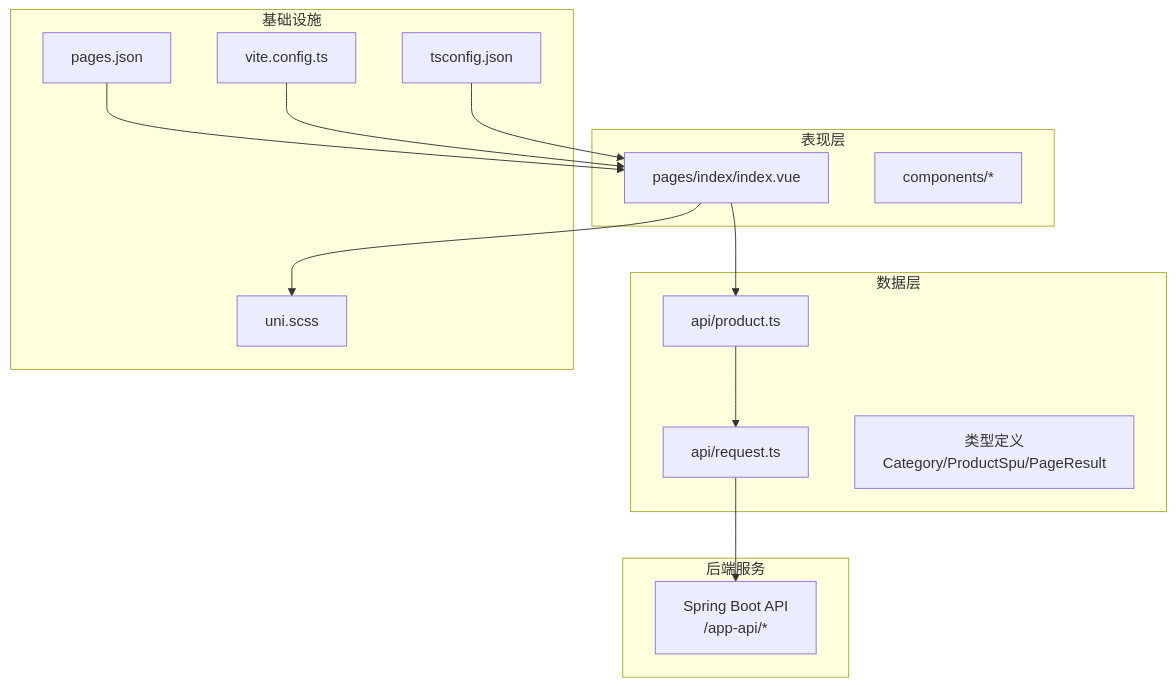
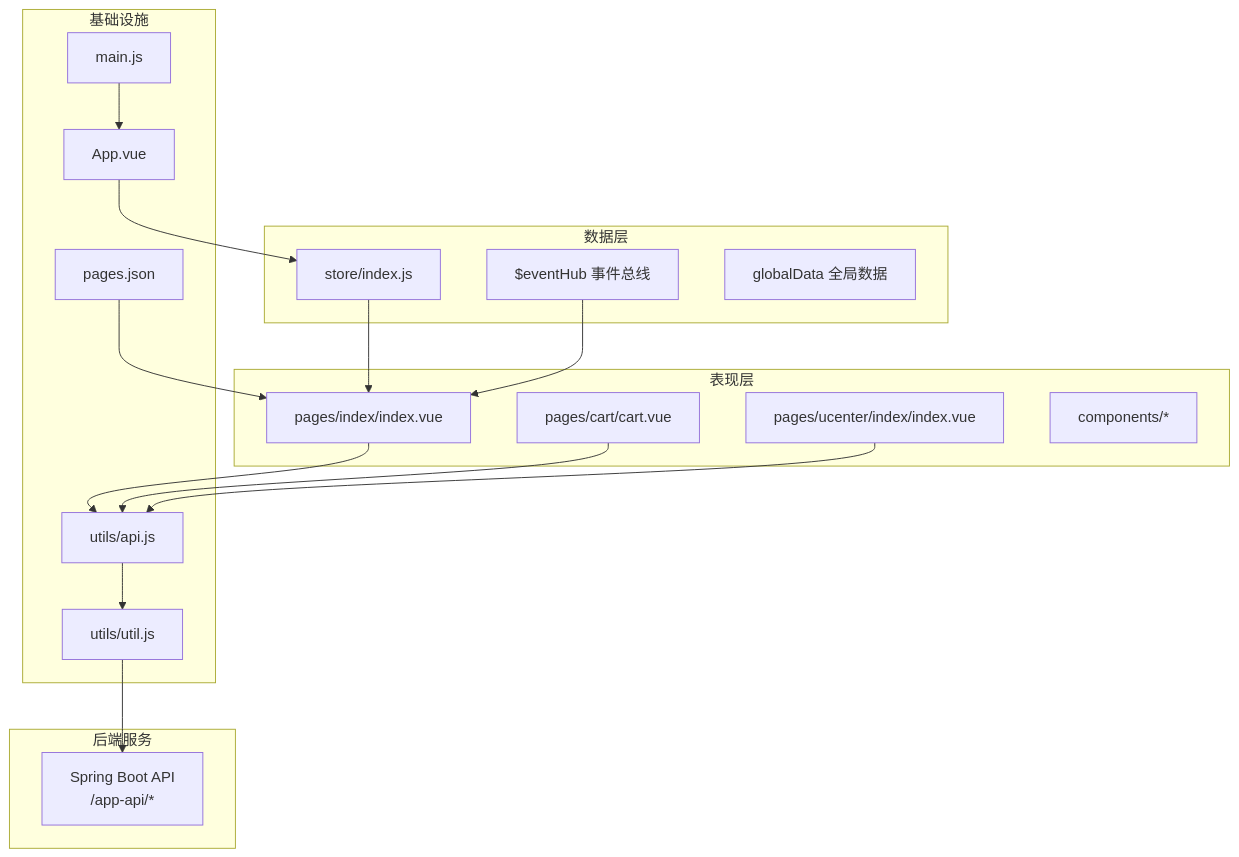
One commit to QtImM/wechatMiniprogram_Store changed the second of 8 diagrams in .qoder/repowiki/zh/content/前端架构设计/前端架构设计.md. Above: the diagram before and after it, drawn with Mermaid. The commit also changed other lines of this file and 109 other files, not shown here.

````diff
--- a/.qoder/repowiki/zh/content/前端架构设计/前端架构设计.md
+++ b/.qoder/repowiki/zh/content/前端架构设计/前端架构设计.md
@@ -98,28 +97,34 @@
 ```mermaid
 graph TB
 subgraph "表现层"
 P1["pages/index/index.vue"]
-P2["components/*"]
+P2["pages/cart/cart.vue"]
+P3["pages/ucenter/index/index.vue"]
+P4["components/*"]
 end
 subgraph "数据层"
-A1["api/request.ts"]
-A2["api/product.ts"]
-T1["类型定义<br/>Category/ProductSpu/PageResult"]
+S1["store/index.js"]
+E1["$eventHub 事件总线"]
+G1["globalData 全局数据"]
 end
 subgraph "基础设施"
 R["pages.json"]
-S["uni.scss"]
-V["vite.config.ts"]
-TS["tsconfig.json"]
+M["main.js"]
+A["App.vue"]
+U["utils/api.js"]
+T["utils/util.js"]
 end
 subgraph "后端服务"
 BE["Spring Boot API<br/>/app-api/*"]
 end
-P1 --> A2
-A2 --> A1
-A1 --> BE
-P1 --> S
+P1 --> U
+P2 --> U
+P3 --> U
+U --> T
+T --> BE
+S1 --> P1
+E1 --> P1
+A --> S1
+M --> A
 R --> P1
-V --> P1
-TS --> P1
 ```
````
